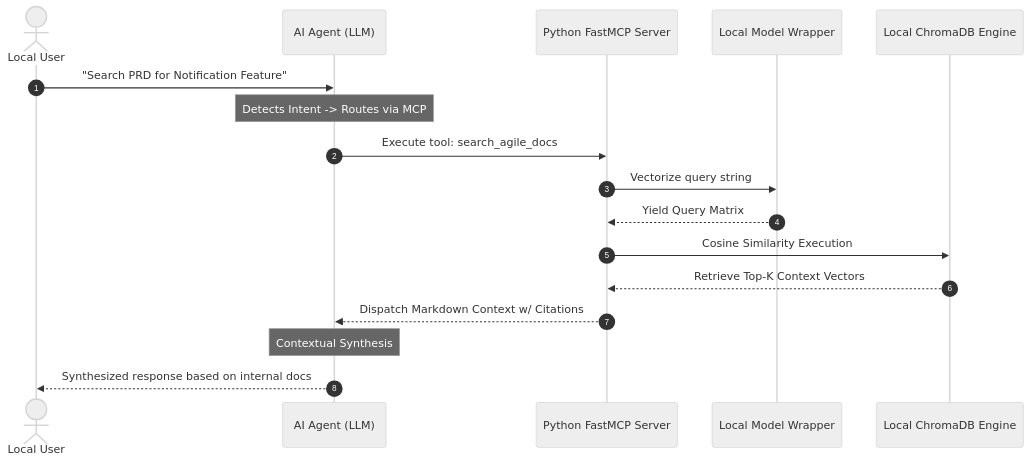
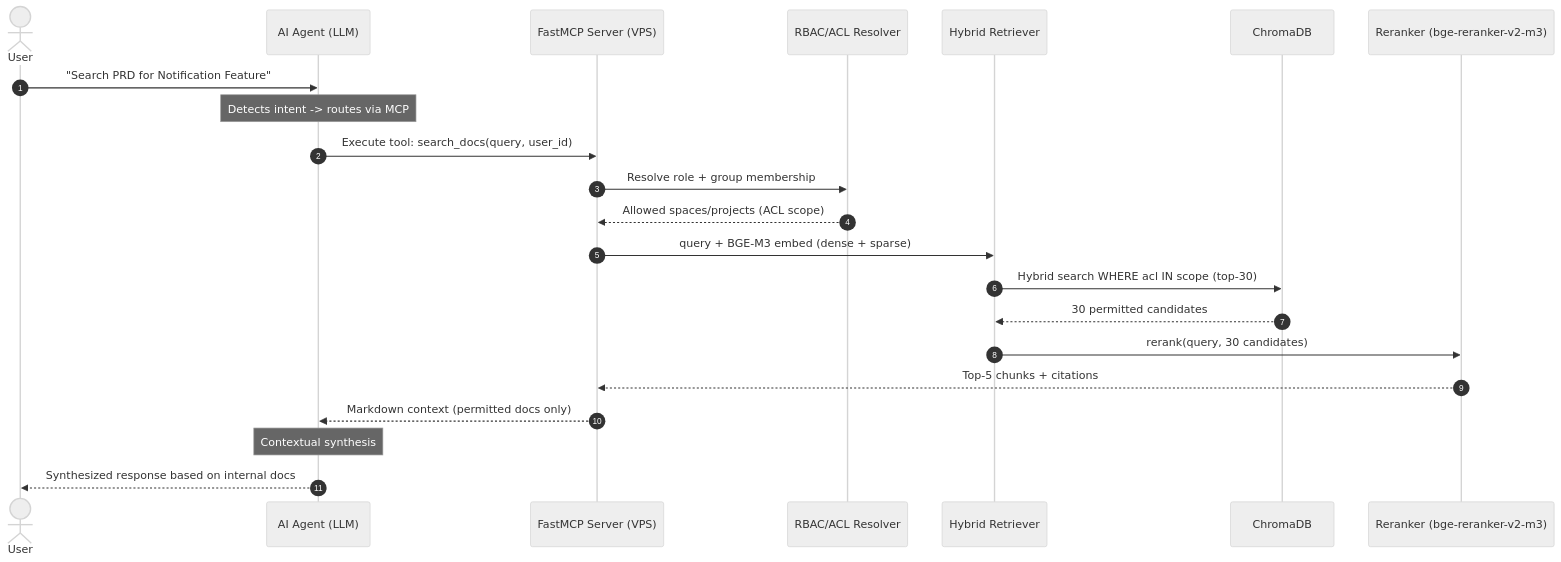
One commit to cachep-xidau/MCP-server changed the fourth of 5 diagrams in README.md. Above: the diagram before and after it, drawn with Mermaid (neutral theme). The commit also changed other lines of this file, not shown here.

First line of the commit message:
refactor(architecture): consolidate to VPS-only RAG with RBAC/ACL and reranking

````diff
--- a/README.md
+++ b/README.md
@@ -114,20 +122,25 @@
 ```mermaid
 sequenceDiagram
     autonumber
-    actor User as Local User
+    actor User as User
     participant AI as AI Agent (LLM)
-    participant MCP as Python FastMCP Server
-    participant LB_Model as Local Model Wrapper
-    participant DB as Local ChromaDB Engine
-    
+    participant MCP as FastMCP Server (VPS)
+    participant RBAC as RBAC/ACL Resolver
+    participant Ret as Hybrid Retriever
+    participant DB as ChromaDB
+    participant RR as Reranker (bge-reranker-v2-m3)
+
     User->>AI: "Search PRD for Notification Feature"
-    Note over AI: Detects Intent -> Routes via MCP
-    AI->>MCP: Execute tool: search_agile_docs
-    MCP->>LB_Model: Vectorize query string
-    LB_Model-->>MCP: Yield Query Matrix
-    MCP->>DB: Cosine Similarity Execution
-    DB-->>MCP: Retrieve Top-K Context Vectors
-    MCP-->>AI: Dispatch Markdown Context w/ Citations
-    Note over AI: Contextual Synthesis
+    Note over AI: Detects intent -> routes via MCP
+    AI->>MCP: Execute tool: search_docs(query, user_id)
+    MCP->>RBAC: Resolve role + group membership
+    RBAC-->>MCP: Allowed spaces/projects (ACL scope)
+    MCP->>Ret: query + BGE-M3 embed (dense + sparse)
+    Ret->>DB: Hybrid search WHERE acl IN scope (top-30)
+    DB-->>Ret: 30 permitted candidates
+    Ret->>RR: rerank(query, 30 candidates)
+    RR-->>MCP: Top-5 chunks + citations
+    MCP-->>AI: Markdown context (permitted docs only)
+    Note over AI: Contextual synthesis
     AI-->>User: Synthesized response based on internal docs
 ```
````
